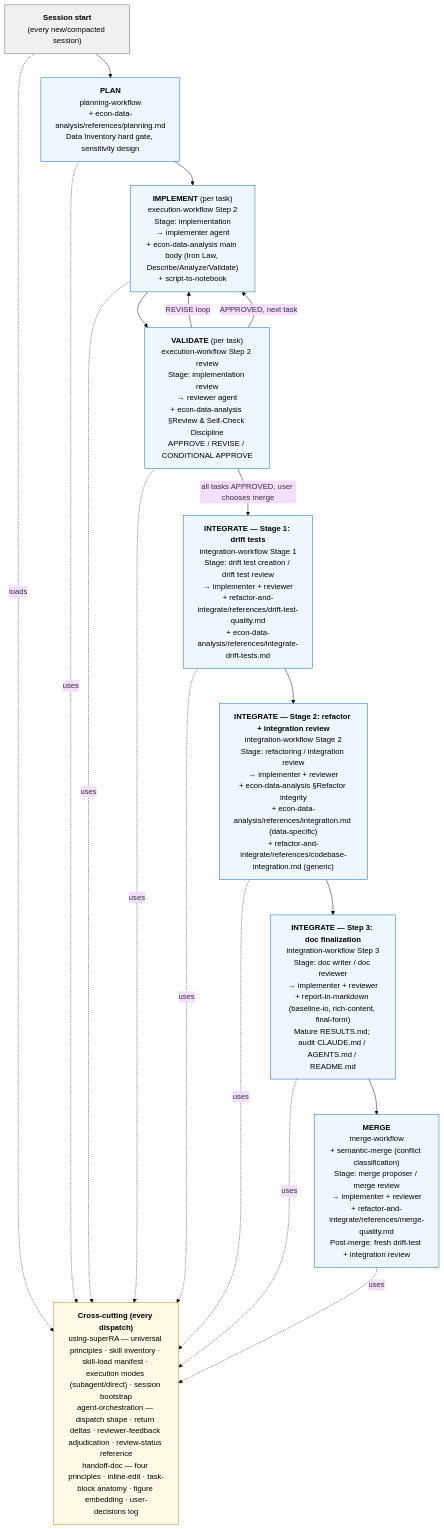
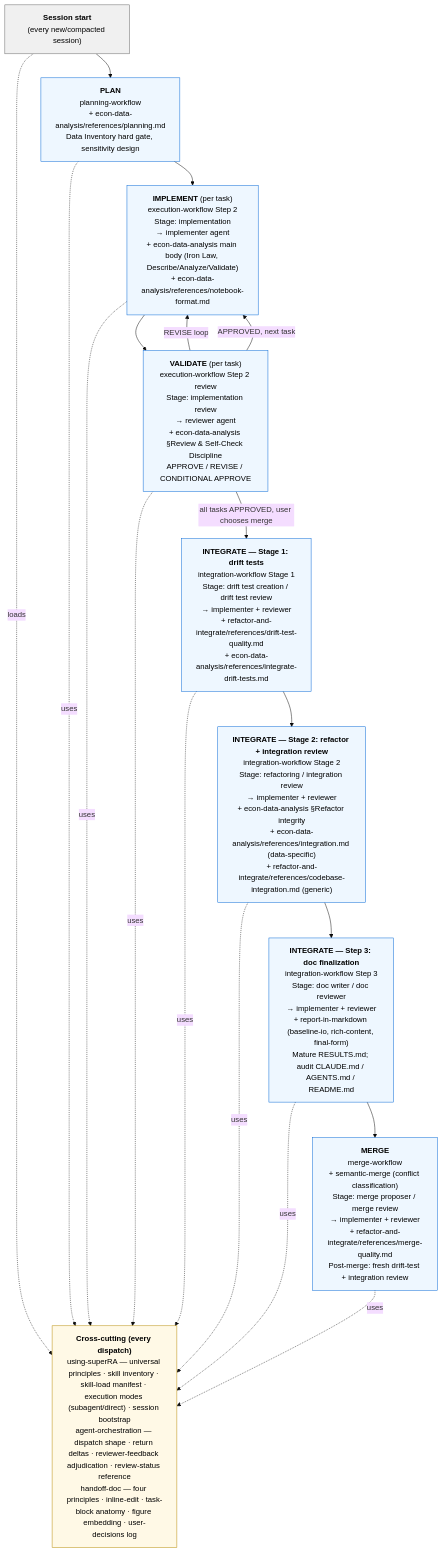
One commit to FuZhiyu/superRA changed the diagram in README.md. Above: the diagram before and after it, drawn with Mermaid (base theme). The commit also changed other lines of this file and 10 other files, not shown here.

````diff
--- a/README.md
+++ b/README.md
@@ -49,45 +49,45 @@
 ```mermaid
 flowchart TB
     SESSION["<b>Session start</b><br/>(every new/compacted session)"]
     SESSION --> PLAN
 
     PLAN["<b>PLAN</b><br/>planning-workflow<br/>+ econ-data-analysis/references/planning.md<br/>Data Inventory hard gate, sensitivity design"]
     PLAN --> IMPL
 
-    IMPL["<b>IMPLEMENT</b> (per task)<br/>execution-workflow Step 2<br/>Stage: implementation<br/>→ implementer agent<br/>+ econ-data-analysis main body (Iron Law, Describe/Analyze/Validate)<br/>+ script-to-notebook"]
+    IMPL["<b>IMPLEMENT</b> (per task)<br/>execution-workflow Step 2<br/>Stage: implementation<br/>→ implementer agent<br/>+ econ-data-analysis main body (Iron Law, Describe/Analyze/Validate)<br/>+ econ-data-analysis/references/notebook-format.md"]
     IMPL --> VAL
 
     VAL["<b>VALIDATE</b> (per task)<br/>execution-workflow Step 2 review<br/>Stage: implementation review<br/>→ reviewer agent<br/>+ econ-data-analysis §Review &amp; Self-Check Discipline<br/>APPROVE / REVISE / CONDITIONAL APPROVE"]
     VAL -->|REVISE loop| IMPL
     VAL -->|APPROVED, next task| IMPL
     VAL -->|all tasks APPROVED, user chooses merge| INT1
 
     INT1["<b>INTEGRATE — Stage 1: drift tests</b><br/>integration-workflow Stage 1<br/>Stage: drift test creation / drift test review<br/>→ implementer + reviewer<br/>+ refactor-and-integrate/references/drift-test-quality.md<br/>+ econ-data-analysis/references/integrate-drift-tests.md"]
     INT1 --> INT2
 
     INT2["<b>INTEGRATE — Stage 2: refactor + integration review</b><br/>integration-workflow Stage 2<br/>Stage: refactoring / integration review<br/>→ implementer + reviewer<br/>+ econ-data-analysis §Refactor integrity<br/>+ econ-data-analysis/references/integration.md (data-specific)<br/>+ refactor-and-integrate/references/codebase-integration.md (generic)"]
     INT2 --> INT3
 
     INT3["<b>INTEGRATE — Step 3: doc finalization</b><br/>integration-workflow Step 3<br/>Stage: doc writer / doc reviewer<br/>→ implementer + reviewer<br/>+ report-in-markdown (baseline-io, rich-content, final-form)<br/>Mature RESULTS.md; audit CLAUDE.md / AGENTS.md / README.md"]
     INT3 --> MERGE
 
     MERGE["<b>MERGE</b><br/>merge-workflow<br/>+ semantic-merge (conflict classification)<br/>Stage: merge proposer / merge review<br/>→ implementer + reviewer<br/>+ refactor-and-integrate/references/merge-quality.md<br/>Post-merge: fresh drift-test + integration review"]
 
     CROSS["<b>Cross-cutting (every dispatch)</b><br/>using-superRA — universal principles · skill inventory · skill-load manifest · execution modes (subagent/direct) · session bootstrap<br/>agent-orchestration — dispatch shape · return deltas · reviewer-feedback adjudication · review-status reference<br/>handoff-doc — four principles · inline-edit · task-block anatomy · figure embedding · user-decisions log"]
 
     SESSION -.loads.-> CROSS
     PLAN -.uses.-> CROSS
     IMPL -.uses.-> CROSS
     VAL -.uses.-> CROSS
     INT1 -.uses.-> CROSS
     INT2 -.uses.-> CROSS
     INT3 -.uses.-> CROSS
     MERGE -.uses.-> CROSS
 
     classDef phase fill:#eef7ff,stroke:#0366d6,stroke-width:1px,color:#000
     classDef cross fill:#fff9e6,stroke:#b58900,stroke-width:1px,color:#000
     classDef session fill:#f0f0f0,stroke:#666,color:#000
     class PLAN,IMPL,VAL,INT1,INT2,INT3,MERGE phase
     class CROSS cross
     class SESSION session
 ```
````
